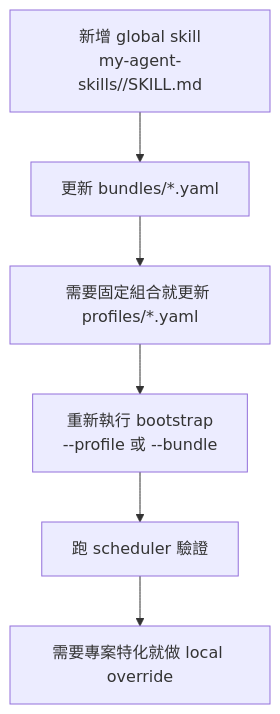
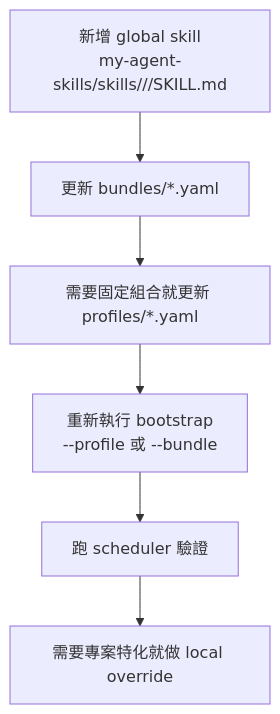
One commit to Alanlee0323/my-agent-bootstrap changed the second of 2 diagrams in USAGE_ZH_TW.md. Above: the diagram before and after it, drawn with Mermaid. The commit also changed other lines of this file and 24 other files, not shown here.

````diff
--- a/USAGE_ZH_TW.md
+++ b/USAGE_ZH_TW.md
@@ -208,8 +415,8 @@
 ```mermaid
 flowchart TD
-    A[新增 global skill<br/>my-agent-skills/<skill>/SKILL.md] --> B[更新 bundles/*.yaml]
+    A[新增 global skill<br/>my-agent-skills/skills/<domain>/<skill>/SKILL.md] --> B[更新 bundles/*.yaml]
     B --> C[需要固定組合就更新 profiles/*.yaml]
     C --> D[重新執行 bootstrap<br/>--profile 或 --bundle]
     D --> E[跑 scheduler 驗證]
     E --> F[需要專案特化就做 local override]
 ```
````
